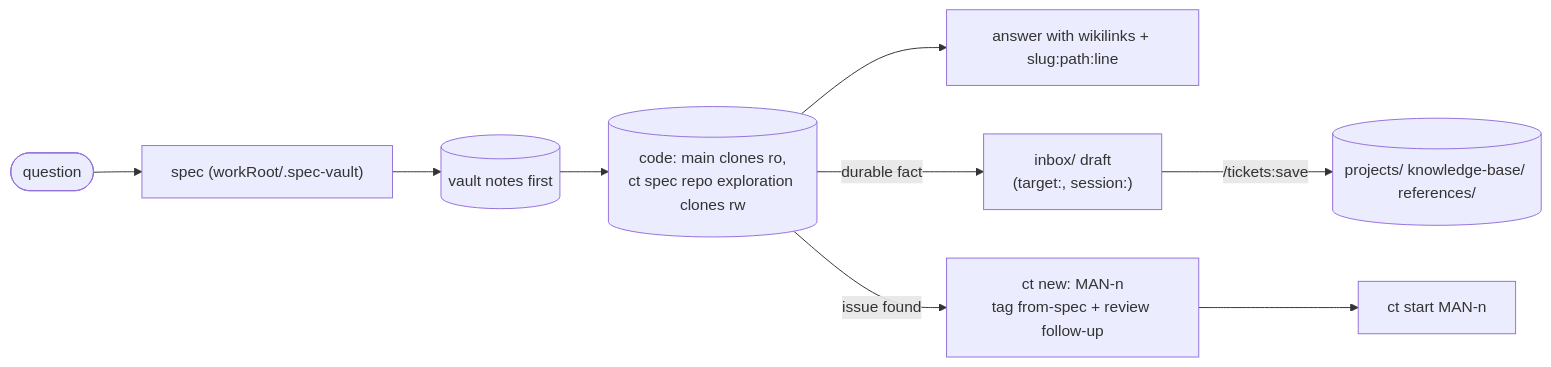
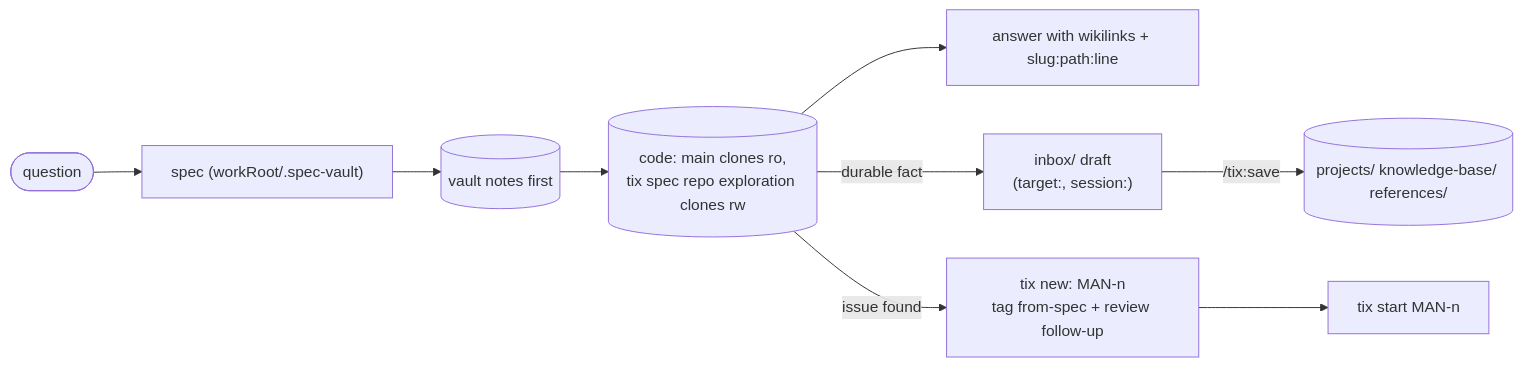
The fifth of 6 diagrams in README.md (zero4573/claude-tickets), drawn with Mermaid before and after one commit. The commit also changed other lines of this file and 361 other files, not shown here.

First line of the commit message:
feat!: rename claude-tickets to tix and run sessions on kiro too

````diff
--- a/README.md
+++ b/README.md
@@ -658,8 +705,8 @@
 ```mermaid
 flowchart LR
   q([question]) --> spec["spec (workRoot/.spec-vault)"]
-  spec --> vault[(vault notes first)] --> code[(code: main clones ro,<br/>ct spec repo exploration clones rw)]
+  spec --> vault[(vault notes first)] --> code[(code: main clones ro,<br/>tix spec repo exploration clones rw)]
   code --> ans[answer with wikilinks + slug:path:line]
-  code -- "durable fact" --> inbox["inbox/ draft<br/>(target:, session:)"] -- "/tickets:save" --> notes[(projects/ knowledge-base/ references/)]
-  code -- "issue found" --> man["ct new: MAN-n<br/>tag from-spec + review follow-up"] --> ts[ct start MAN-n]
+  code -- "durable fact" --> inbox["inbox/ draft<br/>(target:, session:)"] -- "/tix:save" --> notes[(projects/ knowledge-base/ references/)]
+  code -- "issue found" --> man["tix new: MAN-n<br/>tag from-spec + review follow-up"] --> ts[tix start MAN-n]
 ```
````
